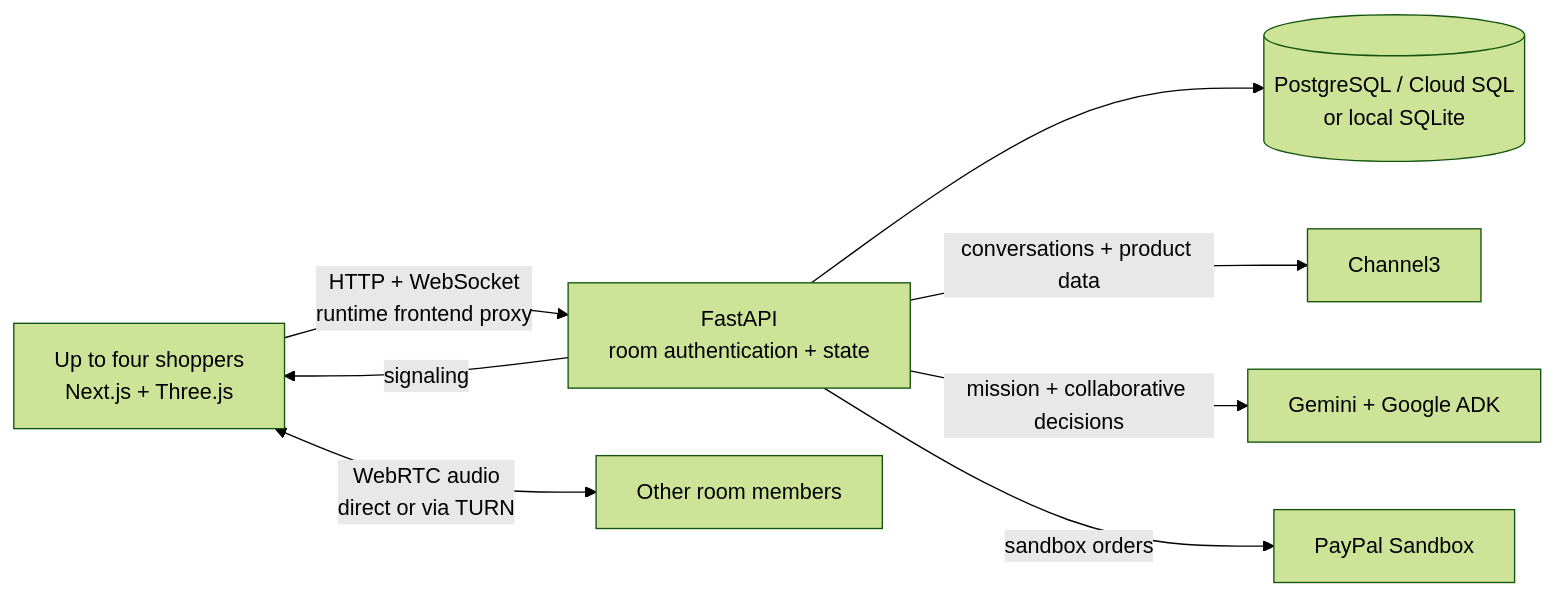
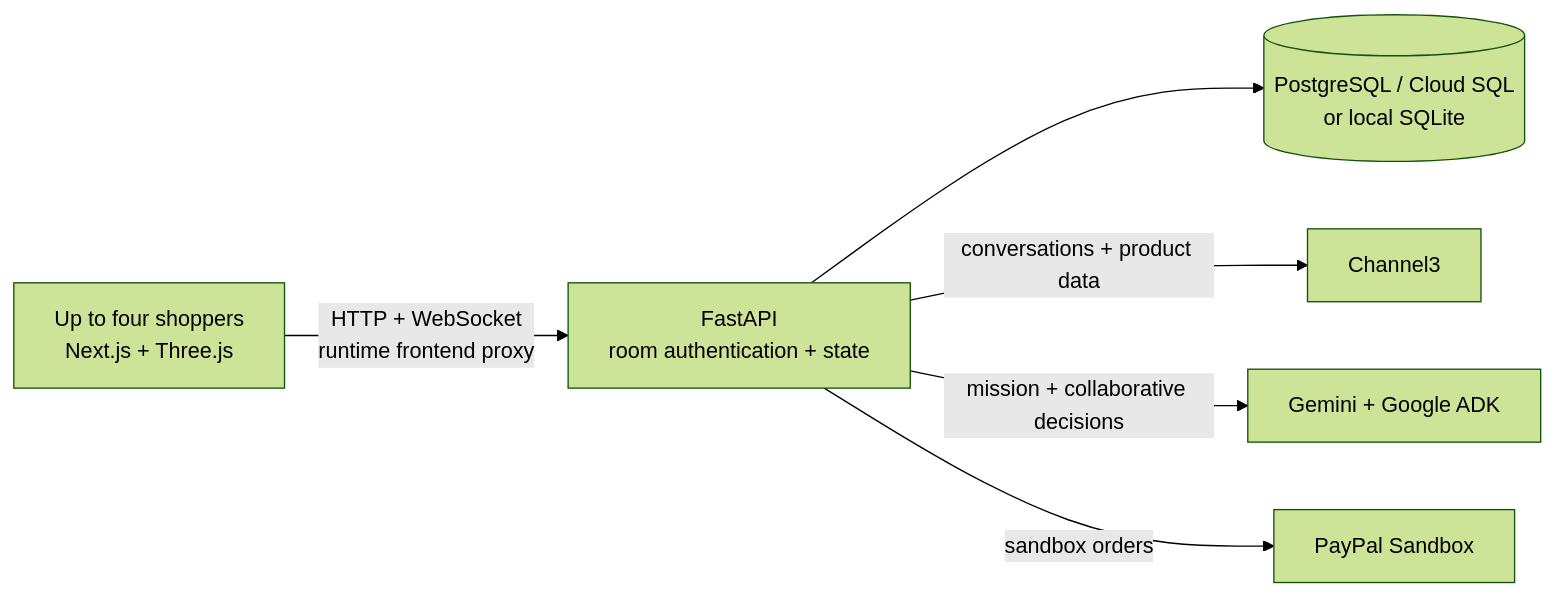
The diagram in README.md (appinikrishnachaitanya/ShopSide), drawn with Mermaid (forest theme) before and after one commit. The commit also changed other lines of this file and 22 other files, not shown here.

````diff
--- a/README.md
+++ b/README.md
@@ -41,10 +39,8 @@
 ```mermaid
 flowchart LR
     A[Up to four shoppers<br/>Next.js + Three.js] -->|HTTP + WebSocket<br/>runtime frontend proxy| B[FastAPI<br/>room authentication + state]
     B --> C[(PostgreSQL / Cloud SQL<br/>or local SQLite)]
     B -->|conversations + product data| D[Channel3]
     B -->|mission + collaborative decisions| E[Gemini + Google ADK]
     B -->|sandbox orders| F[PayPal Sandbox]
-    B -->|signaling| A
-    A <-->|WebRTC audio<br/>direct or via TURN| G[Other room members]
 ```
````
